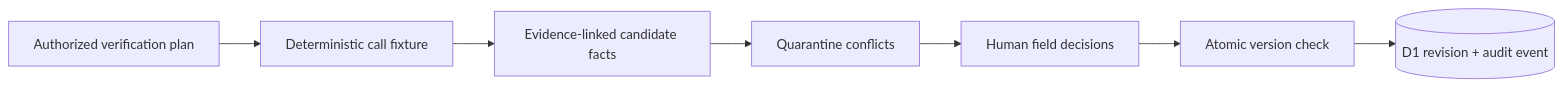
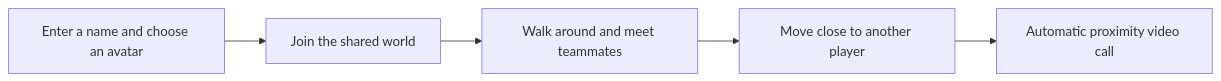
Before and after one commit to ISHPREET0101/ISHPREET0101: the fourth of 6 diagrams in README.md, drawn with Mermaid. The commit also changed other lines of this file and 8 other files, not shown here.

````diff
--- a/README.md
+++ b/README.md
@@ -115,9 +116,7 @@
 ```mermaid
 flowchart LR
-  A[Authorized verification plan] --> B[Deterministic call fixture]
-  B --> C[Evidence-linked candidate facts]
-  C --> D[Quarantine conflicts]
-  D --> E[Human field decisions]
-  E --> F[Atomic version check]
-  F --> G[(D1 revision + audit event)]
+  A[Enter a name and choose an avatar] --> B[Join the shared world]
+  B --> C[Walk around and meet teammates]
+  C --> D[Move close to another player]
+  D --> E[Automatic proximity video call]
 ```
````
